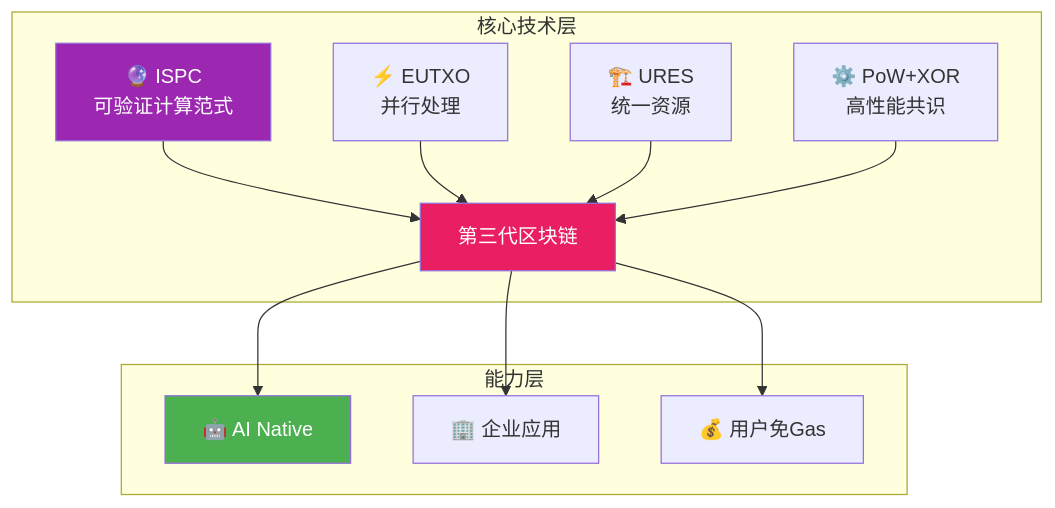
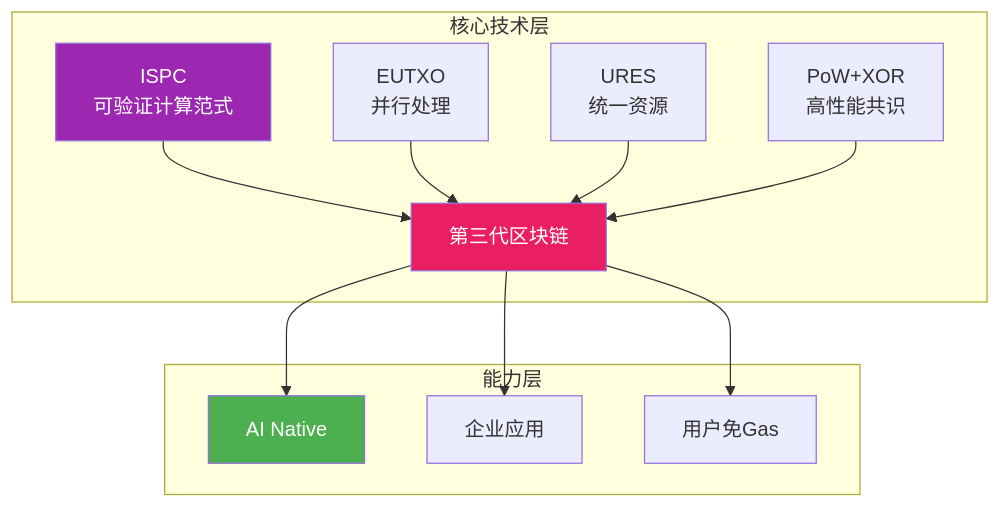
One commit to weisyn/go-weisyn changed the second of 2 diagrams in README.md. Above: the diagram before and after it, drawn with Mermaid. The commit also changed other lines of this file and 1 other file, not shown here.

````diff
--- a/README.md
+++ b/README.md
@@ -292,19 +397,19 @@
 ```mermaid
 graph TB
     subgraph "核心技术层"
-        A["🔮 ISPC<br/>可验证计算范式"] --> V[第三代区块链]
-        B["⚡ EUTXO<br/>并行处理"] --> V
-        C["🏗️ URES<br/>统一资源"] --> V
-        D["⚙️ PoW+XOR<br/>高性能共识"] --> V
+        A["ISPC<br/>可验证计算范式"] --> V[第三代区块链]
+        B["EUTXO<br/>并行处理"] --> V
+        C["URES<br/>统一资源"] --> V
+        D["PoW+XOR<br/>高性能共识"] --> V
     end
     
     subgraph "能力层"
-        V --> E["🤖 AI Native"]
-        V --> F["🏢 企业应用"]
-        V --> G["💰 用户免Gas"]
+        V --> E["AI Native"]
+        V --> F["企业应用"]
+        V --> G["用户免Gas"]
     end
     
     style A fill:#9C27B0,color:#fff
     style V fill:#e91e63,color:#fff
     style E fill:#4caf50,color:#fff
 ```
````
